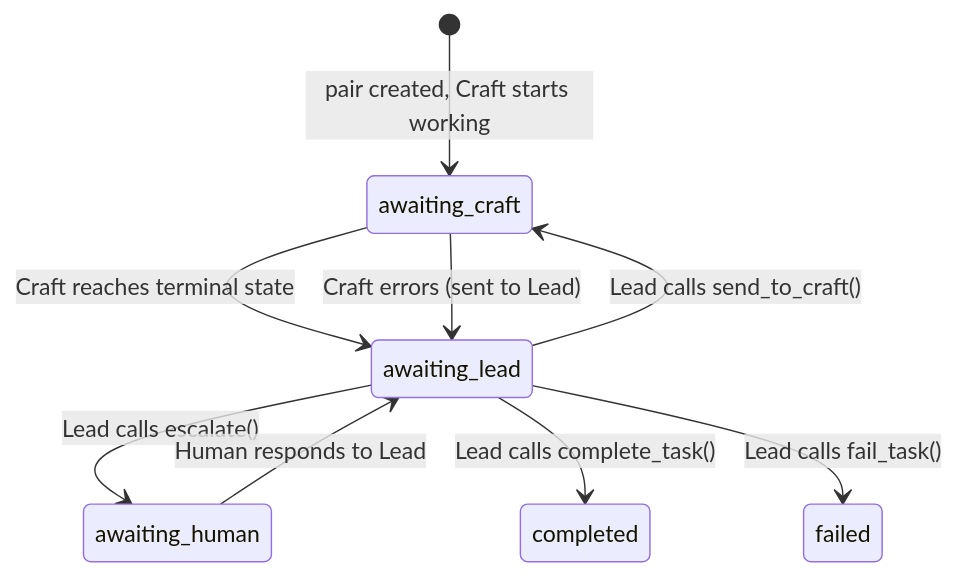
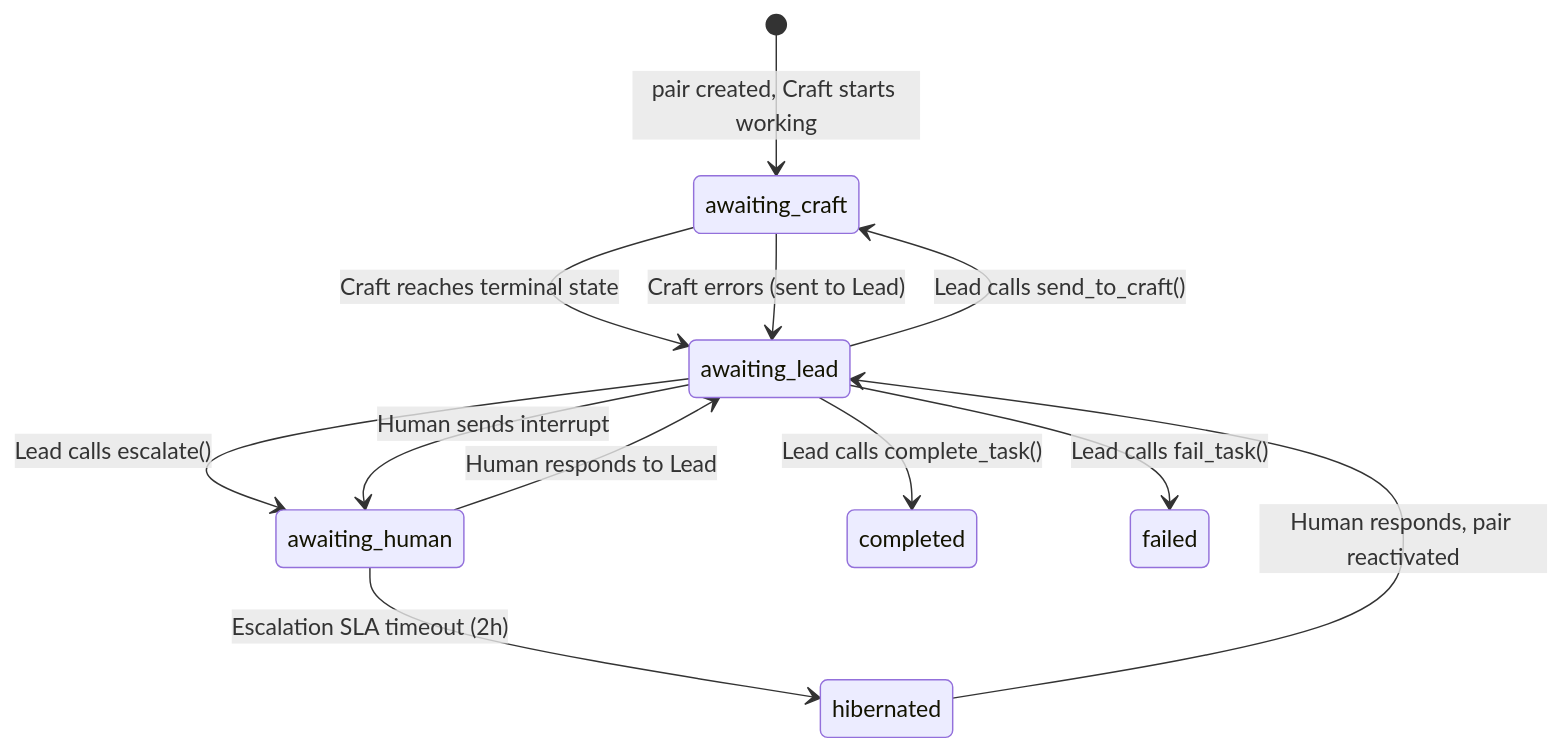
One commit to lsm/neokai changed the seventh of 8 diagrams in docs/design/room-runtime-spec.md. Above: the diagram before and after it, drawn with Mermaid. The commit also changed other lines of this file, not shown here.

````diff
--- a/docs/design/room-runtime-spec.md
+++ b/docs/design/room-runtime-spec.md
@@ -448,11 +453,14 @@
 ```mermaid
 stateDiagram-v2
     [*] --> awaiting_craft : pair created, Craft starts working
     awaiting_craft --> awaiting_lead : Craft reaches terminal state
     awaiting_lead --> awaiting_craft : Lead calls send_to_craft()
     awaiting_lead --> awaiting_human : Lead calls escalate()
+    awaiting_lead --> awaiting_human : Human sends interrupt
     awaiting_human --> awaiting_lead : Human responds to Lead
+    awaiting_human --> hibernated : Escalation SLA timeout (2h)
+    hibernated --> awaiting_lead : Human responds, pair reactivated
     awaiting_lead --> completed : Lead calls complete_task()
     awaiting_lead --> failed : Lead calls fail_task()
     awaiting_craft --> awaiting_lead : Craft errors (sent to Lead)
 ```
````
